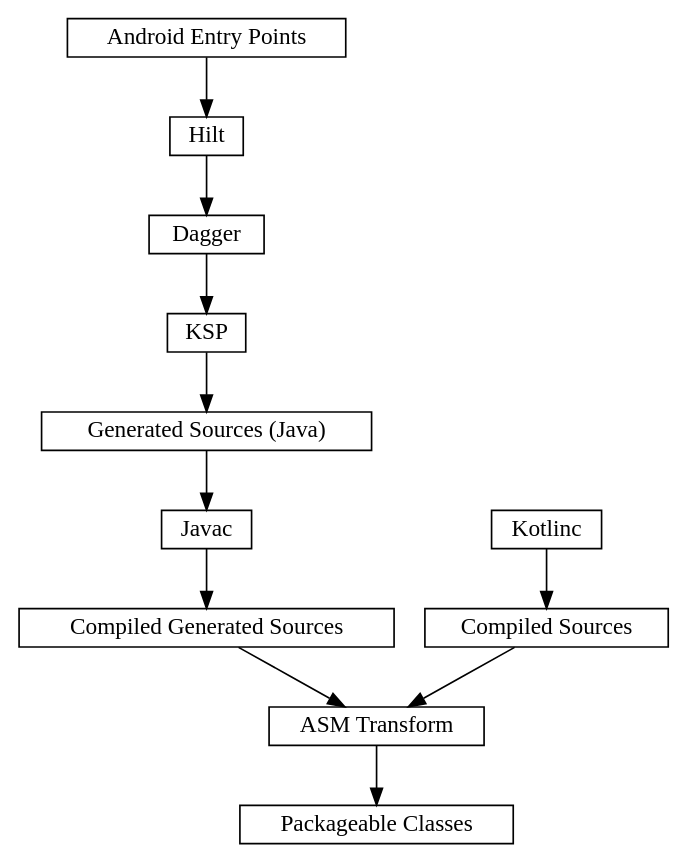
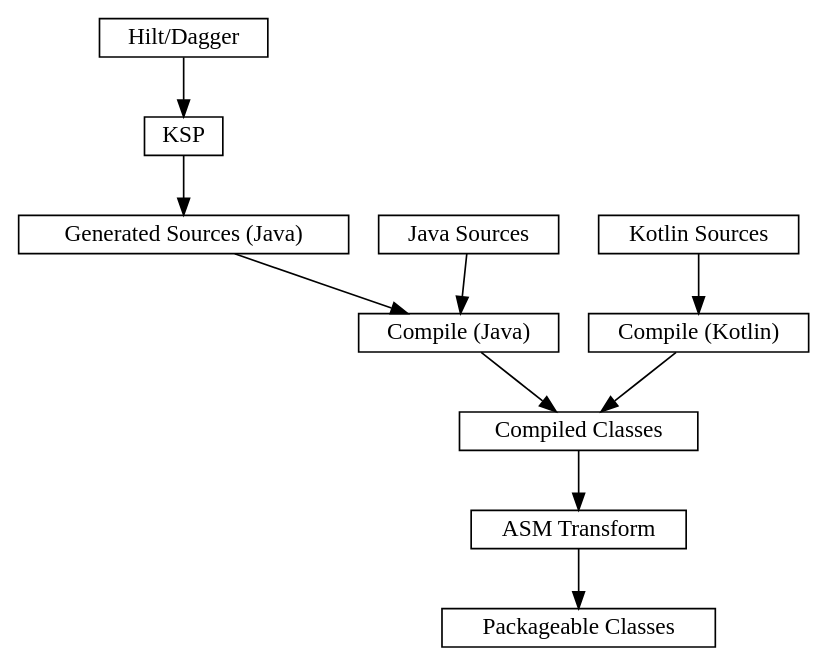
One commit to com-lihaoyi/mill changed the diagram in website/blog/modules/ROOT/pages/14-android-mill-support-for-hilt.adoc. Above: the diagram before and after it, drawn with Graphviz.

Commit message:
Improve diagram

```diff
--- a/website/blog/modules/ROOT/pages/14-android-mill-support-for-hilt.adoc
+++ b/website/blog/modules/ROOT/pages/14-android-mill-support-for-hilt.adoc
@@ -125,16 +125,16 @@
 [graphviz]
 ....
 digraph G {
   rankdir=TB
   node [shape=box width=0 height=0]
-  "Android Entry Points" -> Hilt -> "Dagger"
-  "Dagger" -> "KSP"
+  "Hilt/Dagger" -> "KSP"
   "KSP" -> "Generated Sources (Java)"
-  "Generated Sources (Java)" -> "Javac"
-  "Javac" -> "Compiled Generated Sources"
-  "Kotlinc" -> "Compiled Sources"
-  "Compiled Sources" -> "ASM Transform"
-  "Compiled Generated Sources" -> "ASM Transform"
+  "Generated Sources (Java)" -> "Compile (Java)"
+  "Java Sources" -> "Compile (Java)"
+  "Kotlin Sources" -> "Compile (Kotlin)"
+  "Compile (Java)" -> "Compiled Classes"
+  "Compile (Kotlin)" -> "Compiled Classes"
+  "Compiled Classes" -> "ASM Transform"
   "ASM Transform" -> "Packageable Classes"
 }
 ....
```
